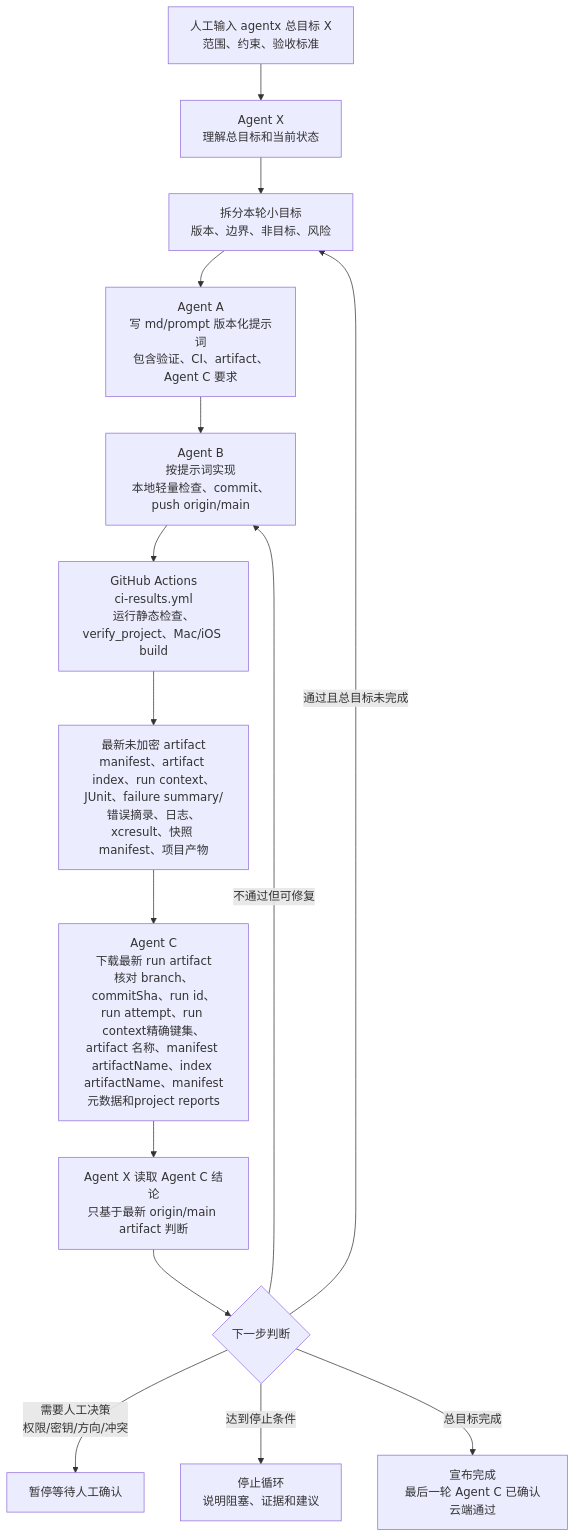
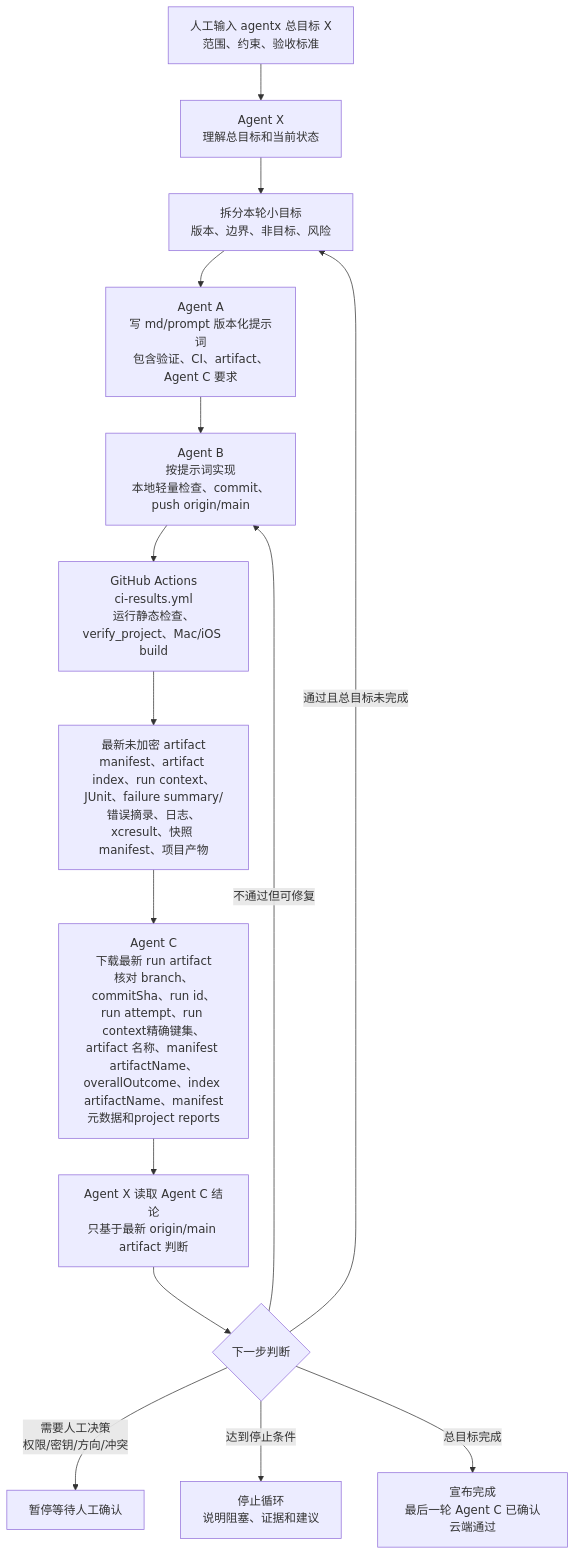
One commit to Altman-sam114/114 changed the sixth of 6 diagrams in md/flow/flowchart.md. Above: the diagram before and after it, drawn with Mermaid. The commit also changed other lines of this file and 8 other files, not shown here.

````diff
--- a/md/flow/flowchart.md
+++ b/md/flow/flowchart.md
@@ -131,17 +131,17 @@
 ```mermaid
 flowchart TD
   H["人工输入 agentx 总目标 X<br/>范围、约束、验收标准"] --> X0["Agent X<br/>理解总目标和当前状态"]
   X0 --> X1["拆分本轮小目标<br/>版本、边界、非目标、风险"]
   X1 --> A["Agent A<br/>写 md/prompt 版本化提示词<br/>包含验证、CI、artifact、Agent C 要求"]
   A --> B["Agent B<br/>按提示词实现<br/>本地轻量检查、commit、push origin/main"]
   B --> CI["GitHub Actions<br/>ci-results.yml<br/>运行静态检查、verify_project、Mac/iOS build"]
   CI --> ART["最新未加密 artifact<br/>manifest、artifact index、run context、JUnit、failure summary/错误摘录、日志、xcresult、快照 manifest、项目产物"]
-  ART --> C["Agent C<br/>下载最新 run artifact<br/>核对 branch、commitSha、run id、run attempt、run context精确键集、artifact 名称、manifest artifactName、index artifactName、manifest元数据和project reports"]
+  ART --> C["Agent C<br/>下载最新 run artifact<br/>核对 branch、commitSha、run id、run attempt、run context精确键集、artifact 名称、manifest artifactName、overallOutcome、index artifactName、manifest元数据和project reports"]
   C --> X2["Agent X 读取 Agent C 结论<br/>只基于最新 origin/main artifact 判断"]
   X2 --> D{"下一步判断"}
   D -->|通过且总目标未完成| X1
   D -->|不通过但可修复| B
   D -->|需要人工决策<br/>权限/密钥/方向/冲突| P["暂停等待人工确认"]
   D -->|达到停止条件| S["停止循环<br/>说明阻塞、证据和建议"]
   D -->|总目标完成| DONE["宣布完成<br/>最后一轮 Agent C 已确认云端通过"]
 ```
````
